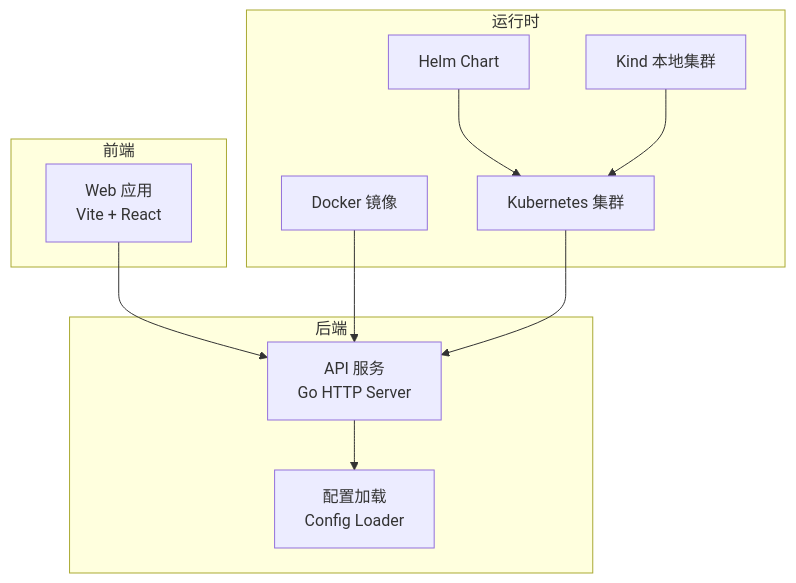
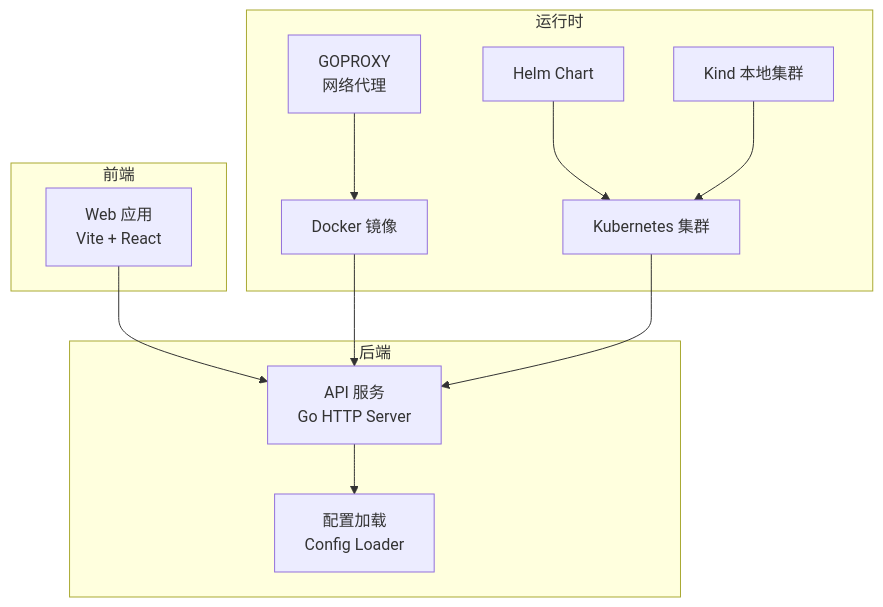
One commit to kudig-io/klaw changed the first of 8 diagrams in .qoder/repowiki/zh/content/安装部署/安装部署.md. Above: the diagram before and after it, drawn with Mermaid. The commit also changed other lines of this file and 245 other files, not shown here.

````diff
--- a/.qoder/repowiki/zh/content/安装部署/安装部署.md
+++ b/.qoder/repowiki/zh/content/安装部署/安装部署.md
@@ -47,22 +52,24 @@
 ```mermaid
 graph TB
 subgraph "前端"
 WEB["Web 应用<br/>Vite + React"]
 end
 subgraph "后端"
 API["API 服务<br/>Go HTTP Server"]
 CFG["配置加载<br/>Config Loader"]
 end
 subgraph "运行时"
 DOCKER["Docker 镜像"]
 K8S["Kubernetes 集群"]
 HELM["Helm Chart"]
 KIND["Kind 本地集群"]
+PROXY["GOPROXY<br/>网络代理"]
 end
 WEB --> API
 API --> CFG
 DOCKER --> API
 K8S --> API
 HELM --> K8S
 KIND --> K8S
+PROXY --> DOCKER
 ```
````
